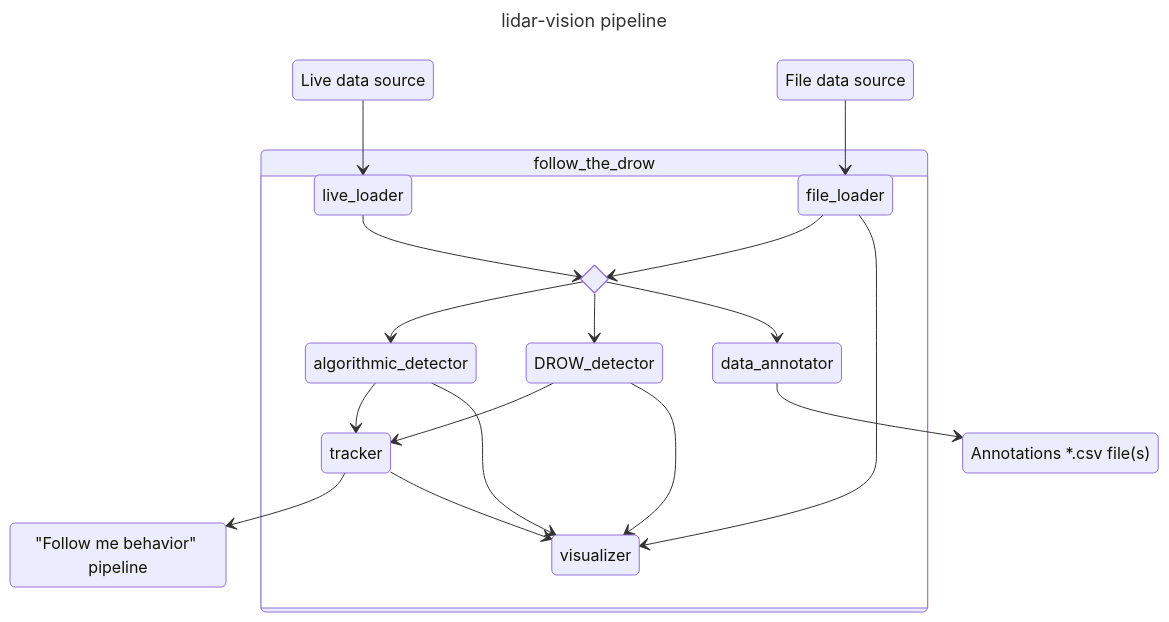
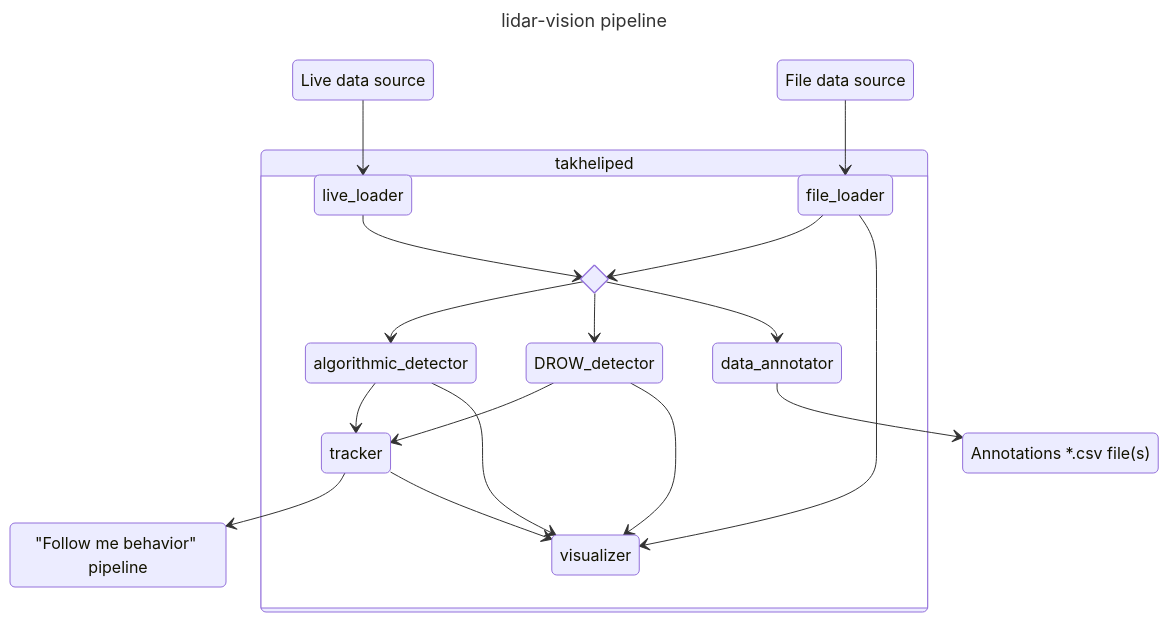
One commit to pseusys/lidar-vision changed the diagram in memory/deployment.md. Above: the diagram before and after it, drawn with Mermaid. The commit also changed other lines of this file and 17 other files, not shown here.

````diff
--- a/memory/deployment.md
+++ b/memory/deployment.md
@@ -24,32 +24,32 @@
 ```mermaid
 ---
 title: lidar-vision pipeline
 ---
 
 stateDiagram-v2
     live_source: Live data source
     file_source: File data source
     detection_output: "Follow me behavior" pipeline
     annotation_file: Annotations *.csv file(s)
 
     live_source --> live_loader
     file_source --> file_loader
 
     tracker --> detection_output
     data_annotator --> annotation_file
 
-    state follow_the_drow {
+    state takheliped {
         state raw_data <<choice>>
         live_loader --> raw_data
         file_loader --> raw_data
         file_loader --> visualizer
         raw_data --> algorithmic_detector
         raw_data --> DROW_detector
         raw_data --> data_annotator
         algorithmic_detector --> tracker
         algorithmic_detector --> visualizer
         DROW_detector --> tracker
         DROW_detector --> visualizer
         tracker --> visualizer
     }
 ```
````
